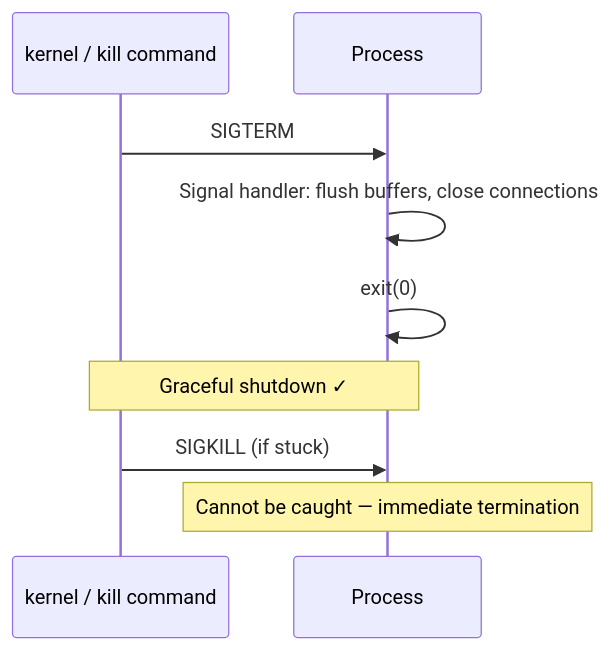
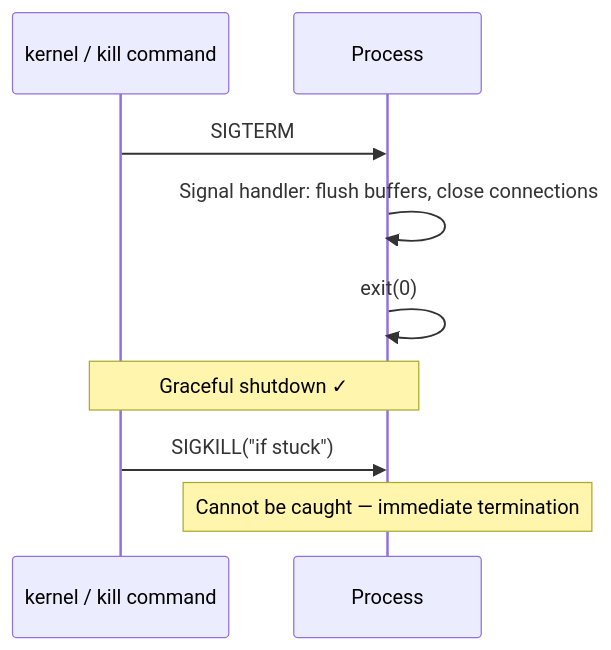
The diagram in content/questions/fundamentals/signals-linux.md (pploc/swe-icon-the-moment), drawn with Mermaid before and after one commit. The commit also changed 167 other files, not shown here.

````diff
--- a/content/questions/fundamentals/signals-linux.md
+++ b/content/questions/fundamentals/signals-linux.md
@@ -32,11 +32,12 @@
 ```mermaid
 sequenceDiagram
     participant K as kernel / kill command
     participant P as Process
     K->>P: SIGTERM
     P->>P: Signal handler: flush buffers, close connections
     P->>P: exit(0)
     Note over K,P: Graceful shutdown ✓
-    K->>P: SIGKILL (if stuck)
+    K->>P: SIGKILL("if stuck")
     Note over P: Cannot be caught — immediate termination
+
 ```
````
